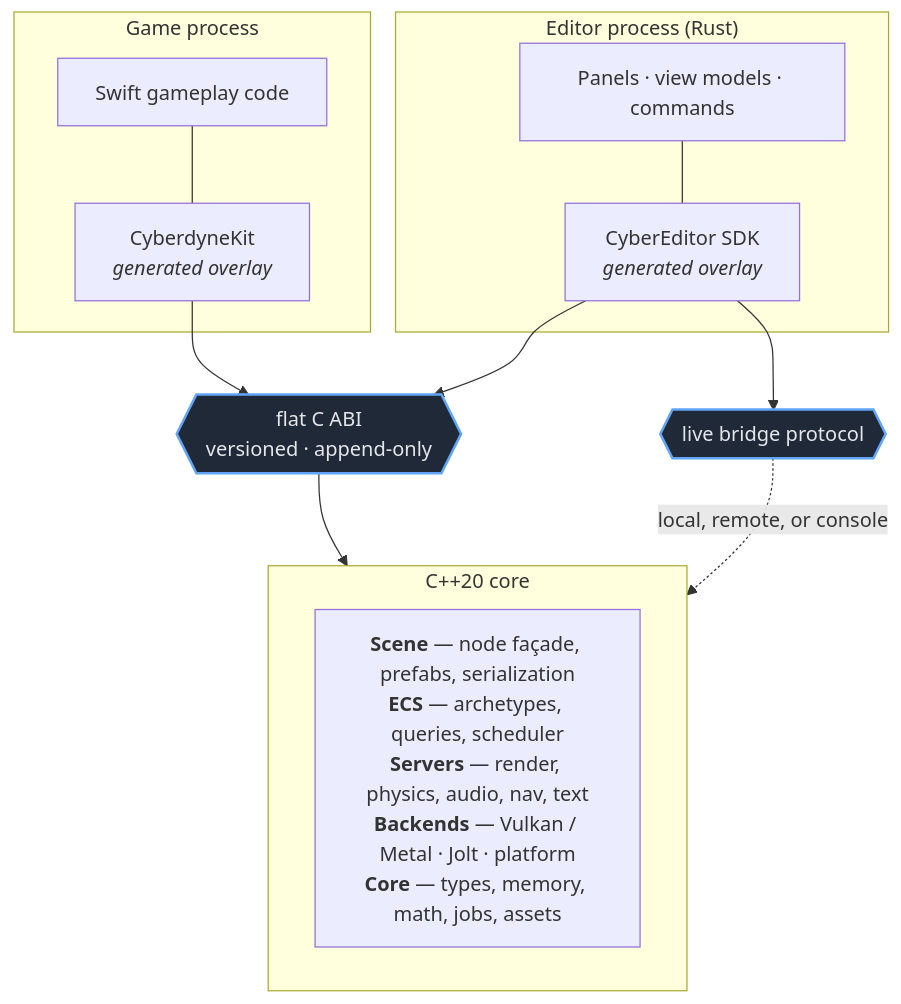
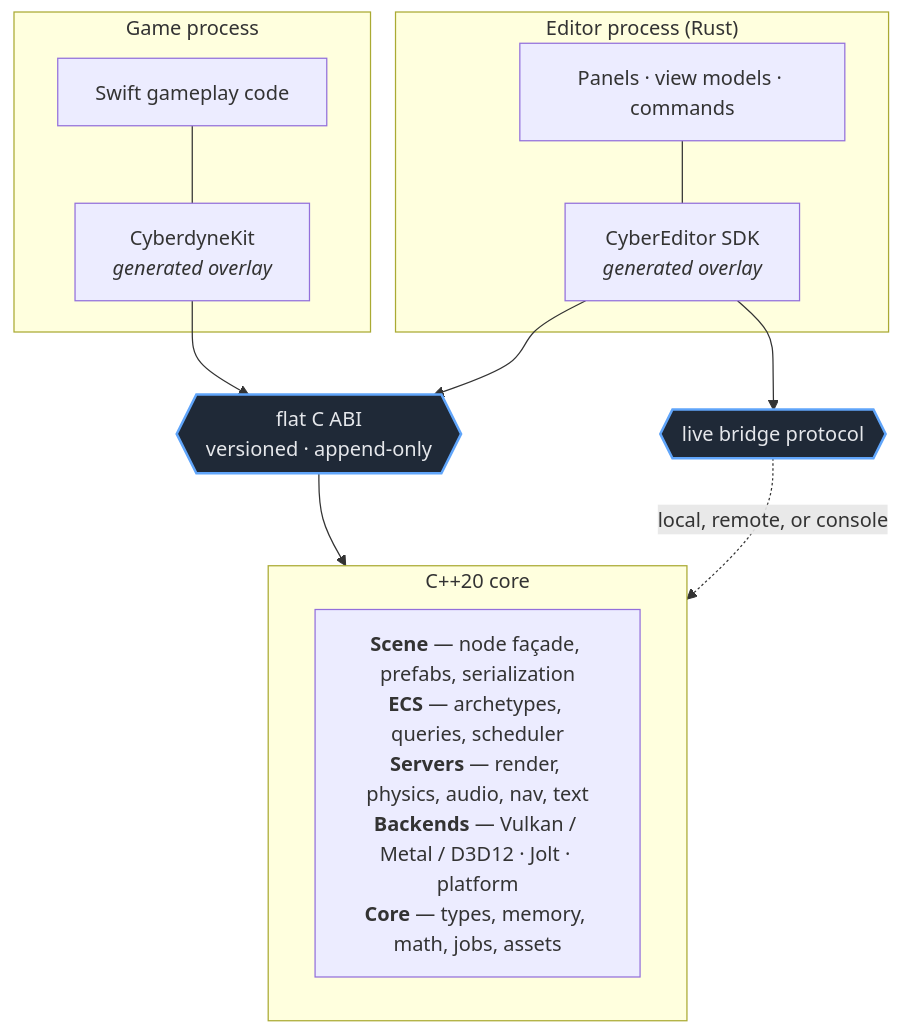
Before and after one commit to CyberdyneCorp/CyberdyneEngine: the first of 5 diagrams in README.md, drawn with Mermaid. The commit also changed other lines of this file and 4 other files, not shown here.

````diff
--- a/README.md
+++ b/README.md
@@ -54,30 +93,30 @@
 ```mermaid
 flowchart TB
     subgraph GAME["Game process"]
         SW["Swift gameplay code"]
         KIT["CyberdyneKit<br/><i>generated overlay</i>"]
         SW --- KIT
     end
 
     subgraph ED["Editor process (Rust)"]
         UI["Panels · view models · commands"]
         SDK["CyberEditor SDK<br/><i>generated overlay</i>"]
         UI --- SDK
     end
 
     ABI{{"flat C ABI<br/>versioned · append-only"}}
     BRIDGE{{"live bridge protocol"}}
 
     subgraph CORE["C++20 core"]
-        LAYERS["<b>Scene</b> — node façade, prefabs, serialization<br/><b>ECS</b> — archetypes, queries, scheduler<br/><b>Servers</b> — render, physics, audio, nav, text<br/><b>Backends</b> — Vulkan / Metal · Jolt · platform<br/><b>Core</b> — types, memory, math, jobs, assets"]
+        LAYERS["<b>Scene</b> — node façade, prefabs, serialization<br/><b>ECS</b> — archetypes, queries, scheduler<br/><b>Servers</b> — render, physics, audio, nav, text<br/><b>Backends</b> — Vulkan / Metal / D3D12 · Jolt · platform<br/><b>Core</b> — types, memory, math, jobs, assets"]
     end
 
     KIT --> ABI
     SDK --> ABI
     SDK --> BRIDGE
     ABI --> CORE
     BRIDGE -.->|"local, remote, or console"| CORE
 
     classDef boundary fill:#1f2937,stroke:#60a5fa,stroke-width:2px,color:#e5e7eb
     class ABI,BRIDGE boundary
 ```
````
